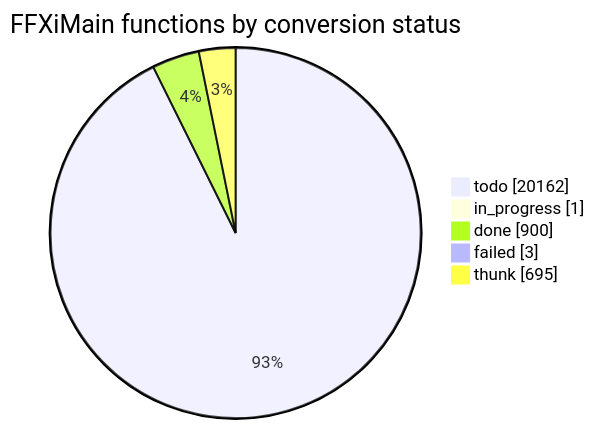
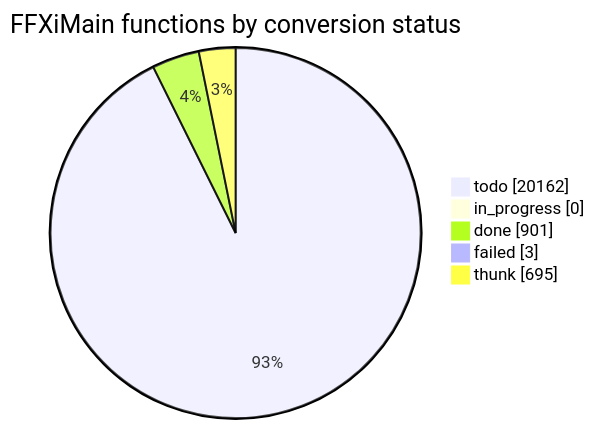
One commit to cowrevenge/cow_kuluu_xi_anything changed the diagram in docs/cow/STATUS.md. Above: the diagram before and after it, drawn with Mermaid. The commit also changed other lines of this file and 9 other files, not shown here.

````diff
--- a/docs/cow/STATUS.md
+++ b/docs/cow/STATUS.md
@@ -18,9 +18,9 @@
 ```mermaid
 pie showData
     title FFXiMain functions by conversion status
     "todo" : 20162
-    "in_progress" : 1
-    "done" : 900
+    "in_progress" : 0
+    "done" : 901
     "failed" : 3
     "thunk" : 695
 ```
````
